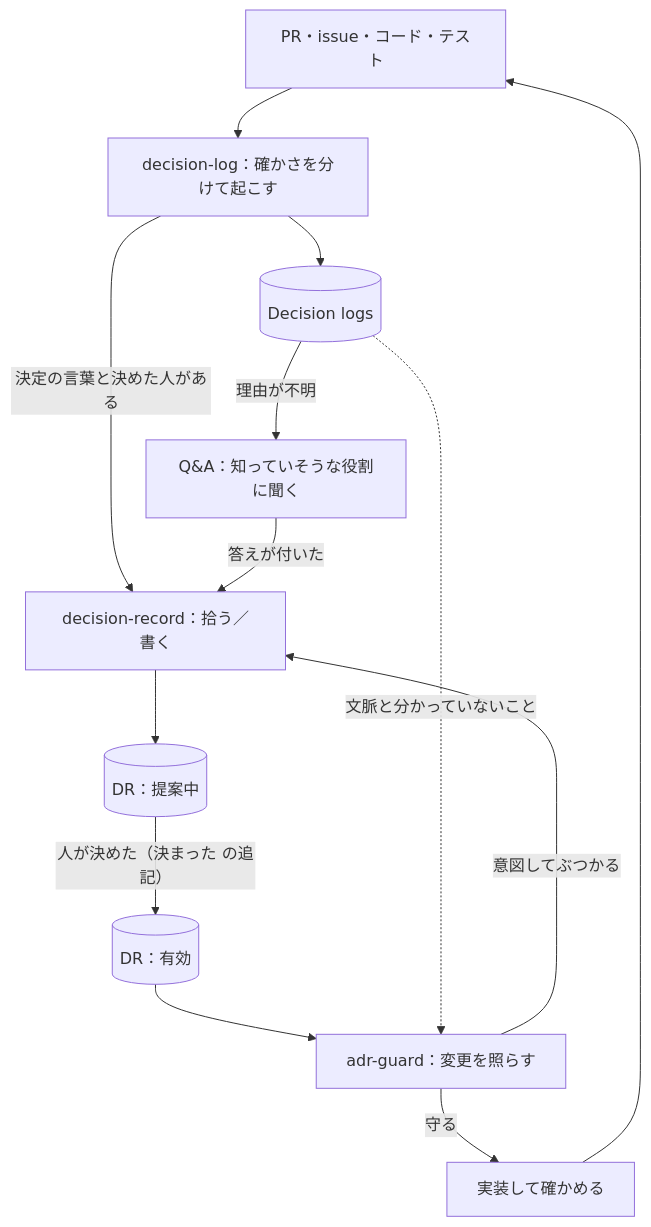
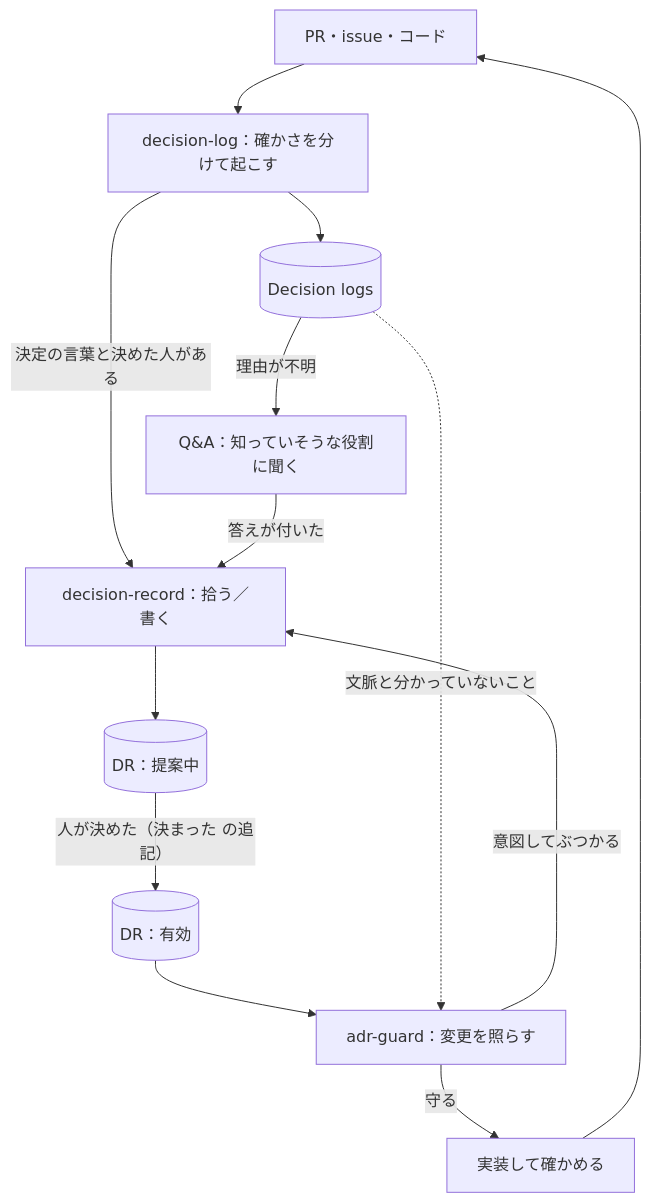
Before and after one commit to MichinaoShimizu/decision-continuity: the diagram in adr/guide.md, drawn with Mermaid. The commit also changed 8 other files, not shown here.

First line of the commit message:
decision-log: catch malformed logs, drop resume, add evals for new features (#31)

````diff
--- a/adr/guide.md
+++ b/adr/guide.md
@@ -19,15 +19,15 @@
 ```mermaid
 flowchart TD
-    S["PR・issue・コード・テスト"] --> R["decision-log：確かさを分けて起こす"]
+    S["PR・issue・コード"] --> R["decision-log：確かさを分けて起こす"]
     R --> L[("Decision logs")]
     R -- "決定の言葉と決めた人がある" --> P
     L -- "理由が不明" --> Q["Q&A：知っていそうな役割に聞く"]
     Q -- "答えが付いた" --> P["decision-record：拾う／書く"]
     P --> D[("DR：提案中")]
     D -- "人が決めた（決まった の追記）" --> A[("DR：有効")]
     A --> G["adr-guard：変更を照らす"]
     L -. "文脈と分かっていないこと" .-> G
     G -- "守る" --> I["実装して確かめる"]
     G -- "意図してぶつかる" --> P
     I --> S
 ```
````
